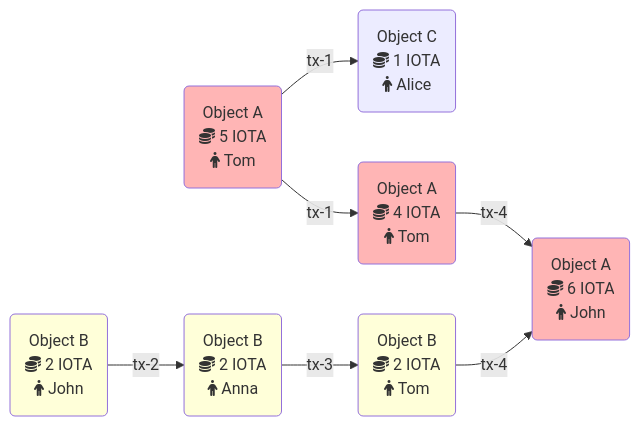
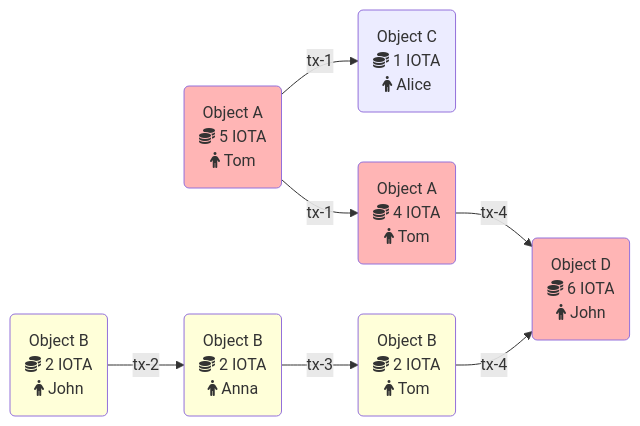
The diagram in docs/content/developer/iota-101/transactions/transactions.mdx (Thoralf-M/iota), drawn with Mermaid before and after one commit. The commit also changed 2 other files, not shown here.

Commit message:
fix(devx) - Address docs feedback forms (#5598)
* Updated instructions to run a local network to include different installation options.

* update transaction diagram

* updated binaries zip content

* Update docs/content/developer/getting-started/local-network.mdx

---------

````diff
--- a/docs/content/developer/iota-101/transactions/transactions.mdx
+++ b/docs/content/developer/iota-101/transactions/transactions.mdx
@@ -68,18 +68,18 @@
 ```mermaid
 flowchart LR
     id1(Object A\nfa:fa-coins 5 IOTA\n fa:fa-person Tom):::object-a;
     id2(Object C\nfa:fa-coins 1 IOTA\n fa:fa-person Alice);
     id3(Object A\nfa:fa-coins 4 IOTA\n fa:fa-person Tom):::object-a;
     id4(Object B\nfa:fa-coins 2 IOTA\n fa:fa-person John):::object-b;
     id5(Object B\nfa:fa-coins 2 IOTA\n fa:fa-person Anna):::object-b;
     id6(Object B\nfa:fa-coins 2 IOTA\n fa:fa-person Tom):::object-b;
-    id7(Object A\nfa:fa-coins 6 IOTA\n fa:fa-person John):::object-a;
+    id7(Object D\nfa:fa-coins 6 IOTA\n fa:fa-person John):::object-a;
 id1-->|tx-1|id2;
 id1-->|tx-1|id3;
 id4-->|tx-2|id5;
 id5-->|tx-3|id6;
 id3-->|tx-4|id7;
 id6-->|tx-4|id7;
 classDef object-a fill:#f225;
 classDef object-b fill:#ff43;
 ```
````
